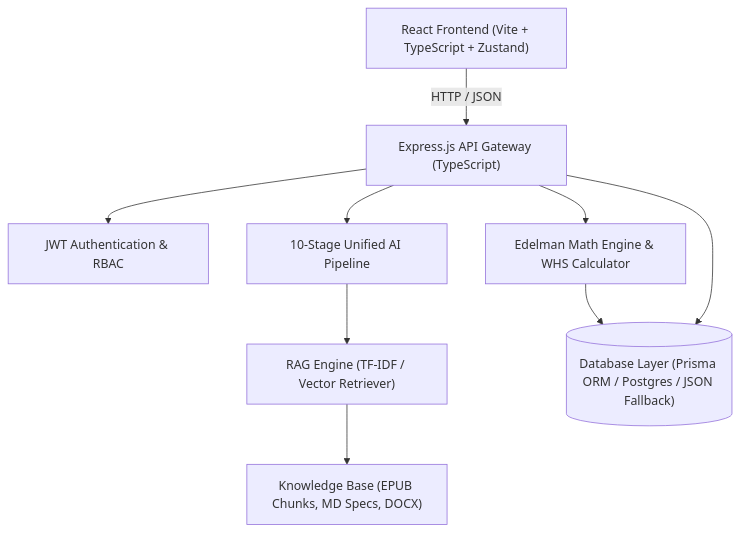
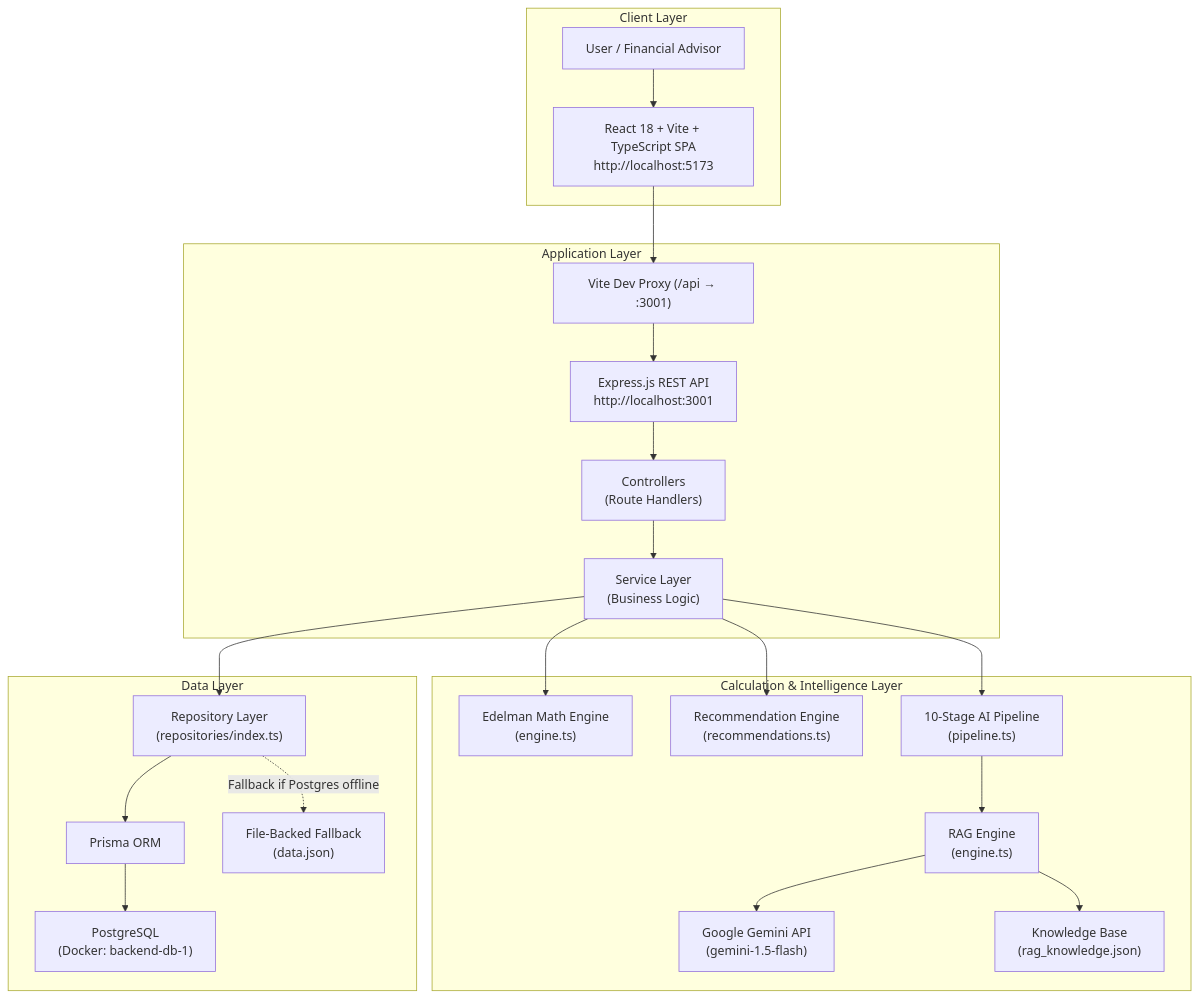
The first of 9 diagrams in PROJECT_DOCUMENTATION.md (AbhayBhise/Personal-Wealth-Management-Module--Weallth), drawn with Mermaid before and after one commit. The commit also changed other lines of this file, not shown here.

````diff
--- a/PROJECT_DOCUMENTATION.md
+++ b/PROJECT_DOCUMENTATION.md
@@ -52,20 +98,46 @@
 ```mermaid
-graph TD
-    Client["React Frontend (Vite + TypeScript + Zustand)"]
-    API["Express.js API Gateway (TypeScript)"]
-    Auth["JWT Authentication & RBAC"]
-    Engine["Edelman Math Engine & WHS Calculator"]
-    AIPipeline["10-Stage Unified AI Pipeline"]
-    RAG["RAG Engine (TF-IDF / Vector Retriever)"]
-    KnowledgeBase["Knowledge Base (EPUB Chunks, MD Specs, DOCX)"]
-    DB[("Database Layer (Prisma ORM / Postgres / JSON Fallback)")]
+graph TB
+    subgraph "Client Layer"
+        U["User / Financial Advisor"]
+        FE["React 18 + Vite + TypeScript SPA<br/>http://localhost:5173"]
+    end
 
-    Client -->|HTTP / JSON| API
-    API --> Auth
-    API --> Engine
-    API --> AIPipeline
-    AIPipeline --> RAG
-    RAG --> KnowledgeBase
-    Engine --> DB
-    API --> DB
+    subgraph "Application Layer"
+        PROXY["Vite Dev Proxy (/api → :3001)"]
+        API["Express.js REST API<br/>http://localhost:3001"]
+        CTRL["Controllers<br/>(Route Handlers)"]
+        SVC["Service Layer<br/>(Business Logic)"]
+    end
+
+    subgraph "Calculation & Intelligence Layer"
+        ENGINE["Edelman Math Engine<br/>(engine.ts)"]
+        REC["Recommendation Engine<br/>(recommendations.ts)"]
+        PIPELINE["10-Stage AI Pipeline<br/>(pipeline.ts)"]
+        RAGENGINE["RAG Engine<br/>(engine.ts)"]
+        LLM["Google Gemini API<br/>(gemini-1.5-flash)"]
+        KB["Knowledge Base<br/>(rag_knowledge.json)"]
+    end
+
+    subgraph "Data Layer"
+        REPO["Repository Layer<br/>(repositories/index.ts)"]
+        PRISMA["Prisma ORM"]
+        PG["PostgreSQL<br/>(Docker: backend-db-1)"]
+        JSON["File-Backed Fallback<br/>(data.json)"]
+    end
+
+    U --> FE
+    FE --> PROXY
+    PROXY --> API
+    API --> CTRL
+    CTRL --> SVC
+    SVC --> ENGINE
+    SVC --> REC
+    SVC --> PIPELINE
+    PIPELINE --> RAGENGINE
+    RAGENGINE --> KB
+    RAGENGINE --> LLM
+    SVC --> REPO
+    REPO --> PRISMA
+    PRISMA --> PG
+    REPO -.->|"Fallback if Postgres offline"| JSON
 ```
````
